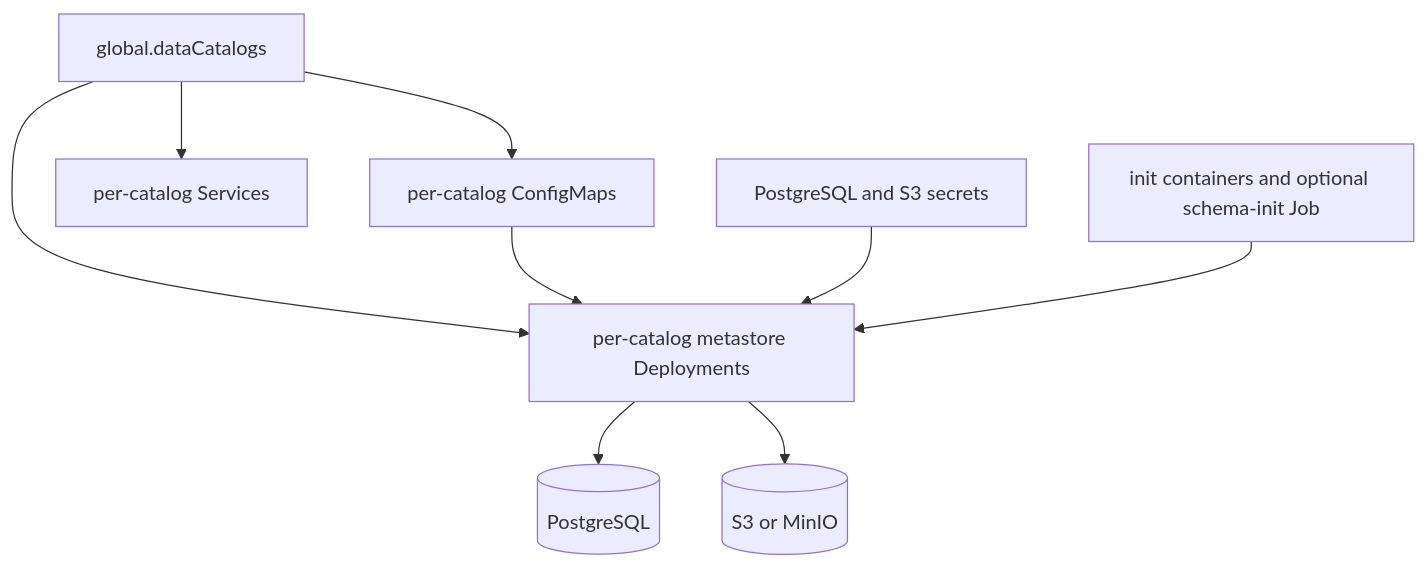
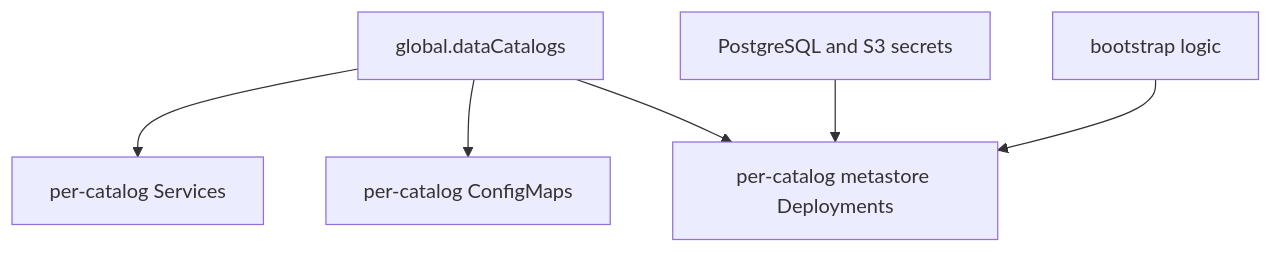
The diagram in charts/dlh-in-a-box/charts/hive/README.md (sanger-pathogens/dlh-in-a-box-umbrella-helm-chart), drawn with Mermaid before and after one commit. The commit also changed other lines of this file and 27 other files, not shown here.

Commit message:
Rewrite and simplify chart documentation

````diff
--- a/charts/dlh-in-a-box/charts/hive/README.md
+++ b/charts/dlh-in-a-box/charts/hive/README.md
@@ -10,11 +11,8 @@
 ```mermaid
 flowchart TD
   Catalogs[global.dataCatalogs] --> ConfigMaps[per-catalog ConfigMaps]
   Catalogs --> Deployments[per-catalog metastore Deployments]
   Catalogs --> Services[per-catalog Services]
-  ConfigMaps --> Deployments
   Secrets[PostgreSQL and S3 secrets] --> Deployments
-  Init[init containers and optional schema-init Job] --> Deployments
-  Deployments --> Postgres[(PostgreSQL)]
-  Deployments --> ObjectStore[(S3 or MinIO)]
+  Init[bootstrap logic] --> Deployments
 ```
````
